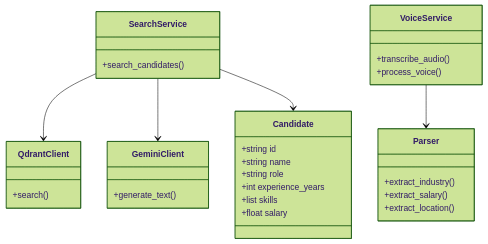
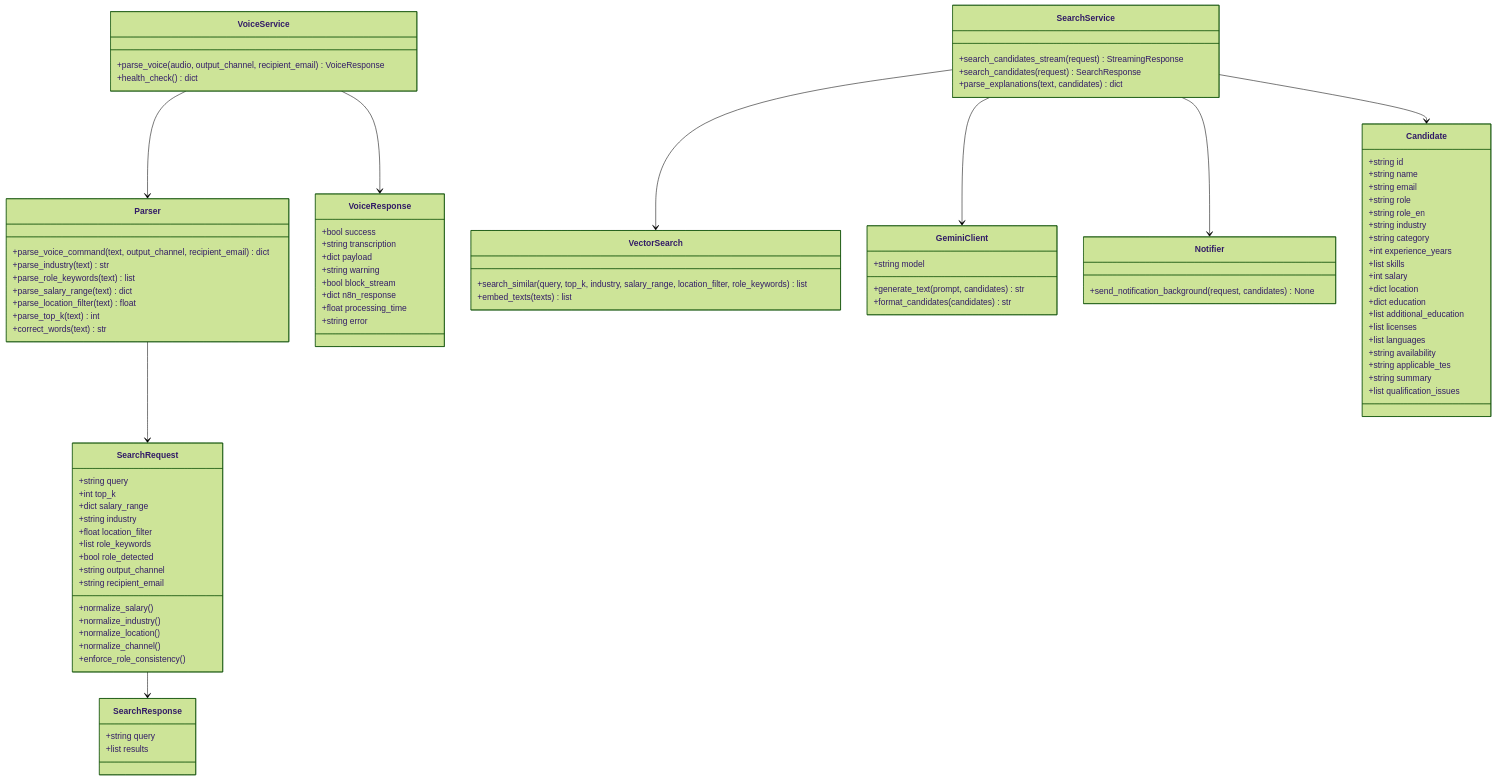
One commit to nngo23/Implementing-IoT-Pipeline changed the first of 5 diagrams in Candidate_Search_System/docs/UML_DIAGRAMS.md. Above: the diagram before and after it, drawn with Mermaid (forest theme). The commit also changed other lines of this file and 22 other files, not shown here.

Commit message:
Update voice/search pipeline and UI fixes

````diff
--- a/Candidate_Search_System/docs/UML_DIAGRAMS.md
+++ b/Candidate_Search_System/docs/UML_DIAGRAMS.md
@@ -4,39 +6,102 @@
 classDiagram
 
 class Candidate {
-+string id
-+string name
-+string role
-+int experience_years
-+list skills
-+float salary
+    +string id
+    +string name
+    +string email
+    +string role
+    +string role_en
+    +string industry
+    +string category
+    +int experience_years
+    +list skills
+    +int salary
+    +dict location
+    +dict education
+    +list additional_education
+    +list licenses
+    +list languages
+    +string availability
+    +string applicable_tes
+    +string summary
+    +list qualification_issues
+}
+
+class SearchRequest {
+    +string query
+    +int top_k
+    +dict salary_range
+    +string industry
+    +float location_filter
+    +list role_keywords
+    +bool role_detected
+    +string output_channel
+    +string recipient_email
+    +normalize_salary()
+    +normalize_industry()
+    +normalize_location()
+    +normalize_channel()
+    +enforce_role_consistency()
+}
+
+class SearchResponse {
+    +string query
+    +list results
+}
+
+class VoiceResponse {
+    +bool success
+    +string transcription
+    +dict payload
+    +string warning
+    +bool block_stream
+    +dict n8n_response
+    +float processing_time
+    +string error
 }
 
 class SearchService {
-+search_candidates()
+    +search_candidates_stream(request) StreamingResponse
+    +search_candidates(request) SearchResponse
+    +parse_explanations(text, candidates) dict
 }
 
 class VoiceService {
-+transcribe_audio()
-+process_voice()
+    +parse_voice(audio, output_channel, recipient_email) VoiceResponse
+    +health_check() dict
 }
 
 class Parser {
-+extract_industry()
-+extract_salary()
-+extract_location()
+    +parse_voice_command(text, output_channel, recipient_email) dict
+    +parse_industry(text) str
+    +parse_role_keywords(text) list
+    +parse_salary_range(text) dict
+    +parse_location_filter(text) float
+    +parse_top_k(text) int
+    +correct_words(text) str
 }
 
 class GeminiClient {
-+generate_text()
+    +string model
+    +generate_text(prompt, candidates) str
+    +format_candidates(candidates) str
 }
 
-class QdrantClient {
-+search()
+class VectorSearch {
+    +search_similar(query, top_k, industry, salary_range, location_filter, role_keywords) list
+    +embed_texts(texts) list
+}
+
+class Notifier {
+    +send_notification_background(request, candidates) None
 }
 
 VoiceService --> Parser
-SearchService --> QdrantClient
+VoiceService --> VoiceResponse
+SearchService --> VectorSearch
 SearchService --> GeminiClient
+SearchService --> Notifier
 SearchService --> Candidate
+SearchRequest --> SearchResponse
+Parser --> SearchRequest
 ```
````
